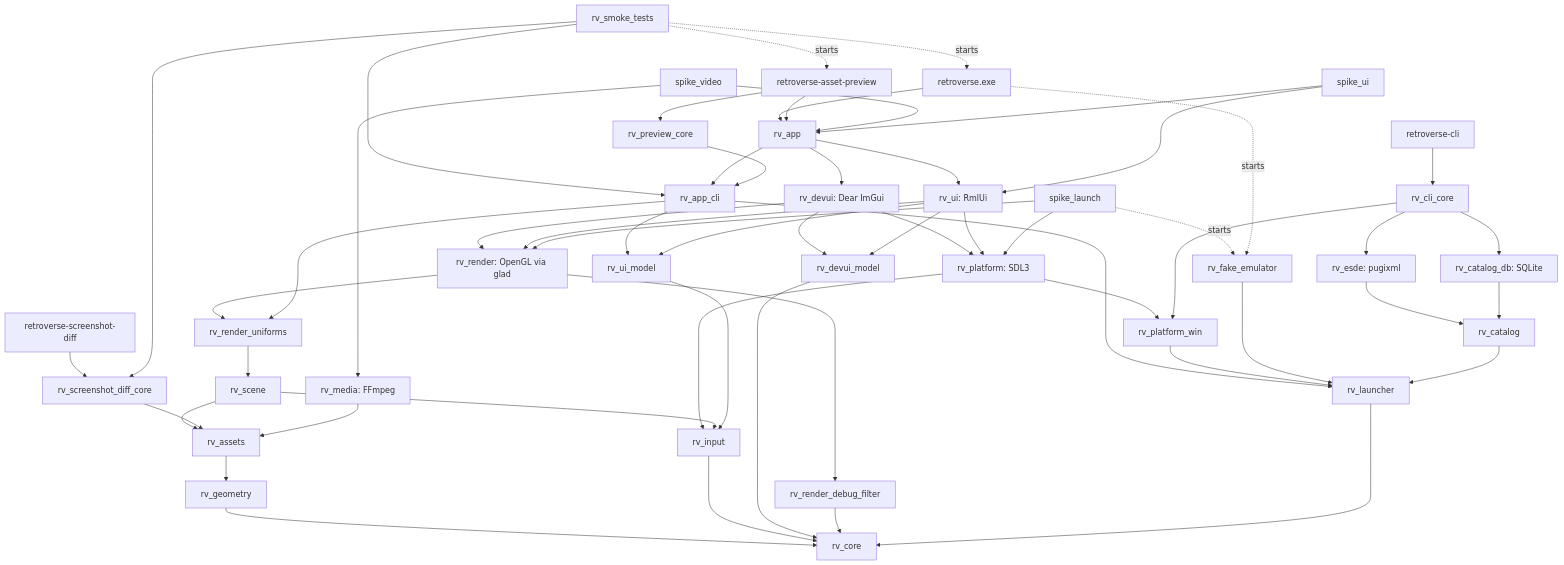
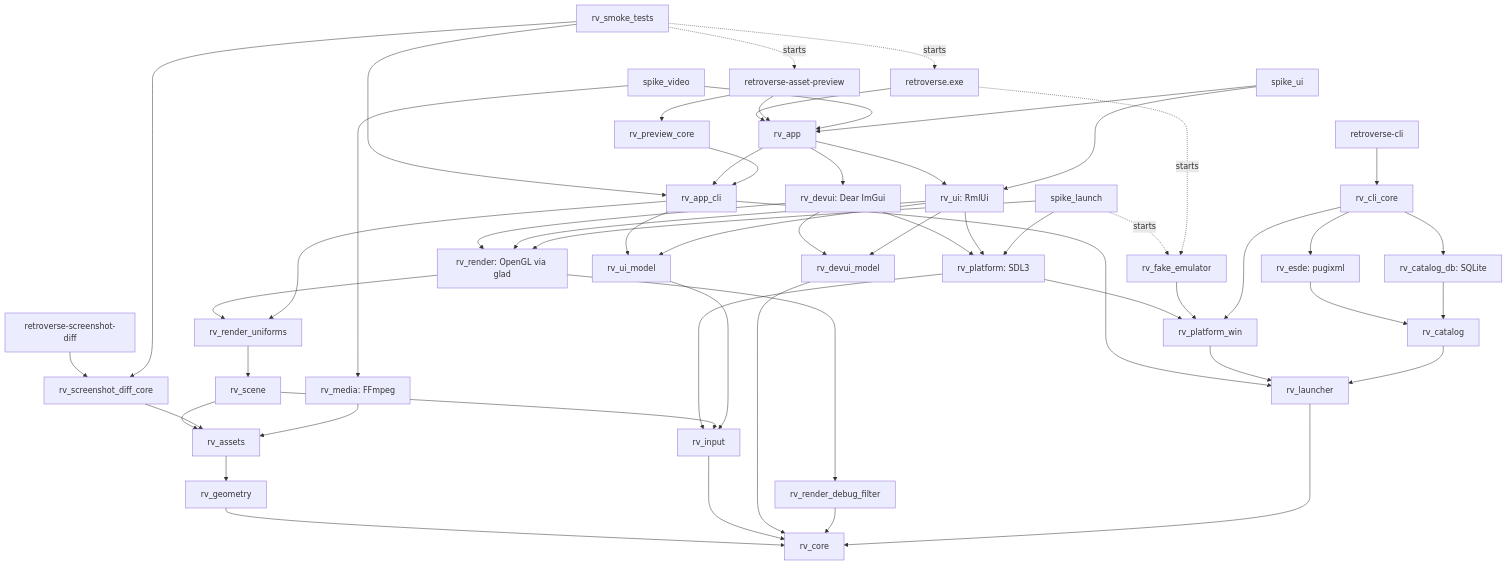
Before and after one commit to pingumen96/retroverse: the diagram in docs/architecture.md, drawn with Mermaid. The commit also changed other lines of this file and 3 other files, not shown here.

````diff
--- a/docs/architecture.md
+++ b/docs/architecture.md
@@ -70,58 +70,58 @@
 ```mermaid
 flowchart TD
     retroverse[retroverse.exe] --> app[rv_app]
     preview[retroverse-asset-preview] --> app
     preview --> previewCore[rv_preview_core]
     diffTool[retroverse-screenshot-diff] --> diffCore[rv_screenshot_diff_core]
     smoke[rv_smoke_tests] -. starts .-> retroverse
     smoke -. starts .-> preview
     smoke --> diffCore
     smoke --> appCli
     app --> devui[rv_devui: Dear ImGui]
     app --> ui
     app --> appCli[rv_app_cli]
     devui --> render[rv_render: OpenGL via glad]
     devui --> platform[rv_platform: SDL3]
     devui --> devuiModel[rv_devui_model]
     render --> uniforms[rv_render_uniforms]
     render --> debugFilter[rv_render_debug_filter]
     previewCore --> appCli
     appCli --> uniforms
     appCli --> launcher
     appCli --> uiModel
     uniforms --> scene[rv_scene]
     platform --> input[rv_input]
     scene --> assets[rv_assets]
     scene --> input
     diffCore --> assets
     assets --> geometry[rv_geometry]
     geometry --> core[rv_core]
     input --> core
     devuiModel --> core
     debugFilter --> core
     spikeVideo[spike_video] --> app
     spikeVideo --> media[rv_media: FFmpeg]
     media --> assets
     spikeUi[spike_ui] --> ui[rv_ui: RmlUi]
     spikeUi --> app
     ui --> uiModel[rv_ui_model]
     ui --> render
     ui --> platform
     ui --> devuiModel
     uiModel --> input
     spikeLaunch[spike_launch] --> platform
     spikeLaunch --> render
     spikeLaunch -. starts .-> fakeEmulator[rv_fake_emulator]
     retroverse -. starts .-> fakeEmulator
     platform --> platformWin[rv_platform_win]
     platformWin --> launcher[rv_launcher]
-    fakeEmulator --> launcher
+    fakeEmulator --> platformWin
     launcher --> core
     cli[retroverse-cli] --> cliCore[rv_cli_core]
     cliCore --> esde[rv_esde: pugixml]
     cliCore --> catalogDb[rv_catalog_db: SQLite]
     cliCore --> platformWin
     esde --> catalog[rv_catalog]
     catalogDb --> catalog
     catalog --> launcher
 ```
````
